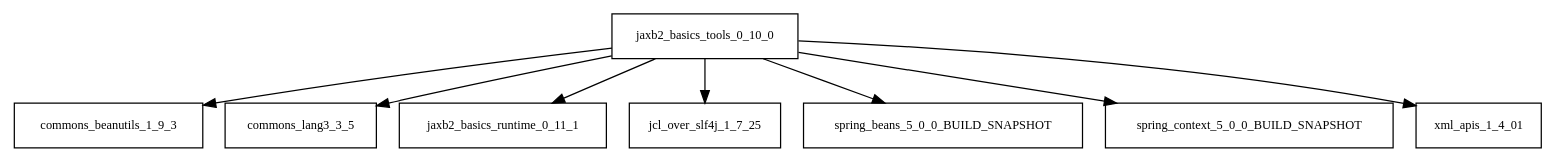
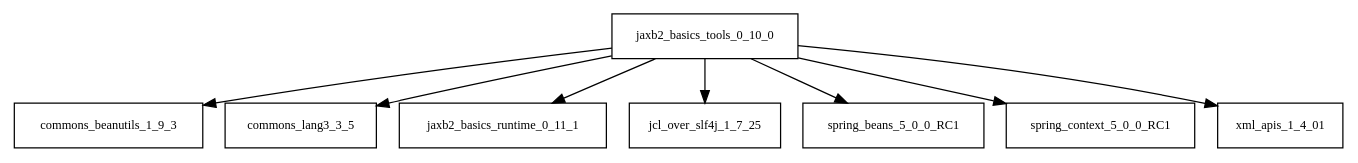
One commit to AglaianWoman/cia changed the diagram in tattleTaleReport/graphviz/jaxb2-basics-tools-0.10.0.jar/jaxb2-basics-tools-0.10.0.jar.dot. Above: the diagram before and after it, drawn with Graphviz. The commit also changed 1892 other files, not shown here.

```diff
--- a/tattleTaleReport/graphviz/jaxb2-basics-tools-0.10.0.jar/jaxb2-basics-tools-0.10.0.jar.dot
+++ b/tattleTaleReport/graphviz/jaxb2-basics-tools-0.10.0.jar/jaxb2-basics-tools-0.10.0.jar.dot
@@ -1,10 +1,10 @@
 digraph jaxb2_basics_tools_0_10_0_dependencies {
   node [shape = box, fontsize=10.0];
   jaxb2_basics_tools_0_10_0 -> commons_beanutils_1_9_3;
   jaxb2_basics_tools_0_10_0 -> commons_lang3_3_5;
   jaxb2_basics_tools_0_10_0 -> jaxb2_basics_runtime_0_11_1;
   jaxb2_basics_tools_0_10_0 -> jcl_over_slf4j_1_7_25;
-  jaxb2_basics_tools_0_10_0 -> spring_beans_5_0_0_BUILD_SNAPSHOT;
-  jaxb2_basics_tools_0_10_0 -> spring_context_5_0_0_BUILD_SNAPSHOT;
+  jaxb2_basics_tools_0_10_0 -> spring_beans_5_0_0_RC1;
+  jaxb2_basics_tools_0_10_0 -> spring_context_5_0_0_RC1;
   jaxb2_basics_tools_0_10_0 -> xml_apis_1_4_01;
 }
```
